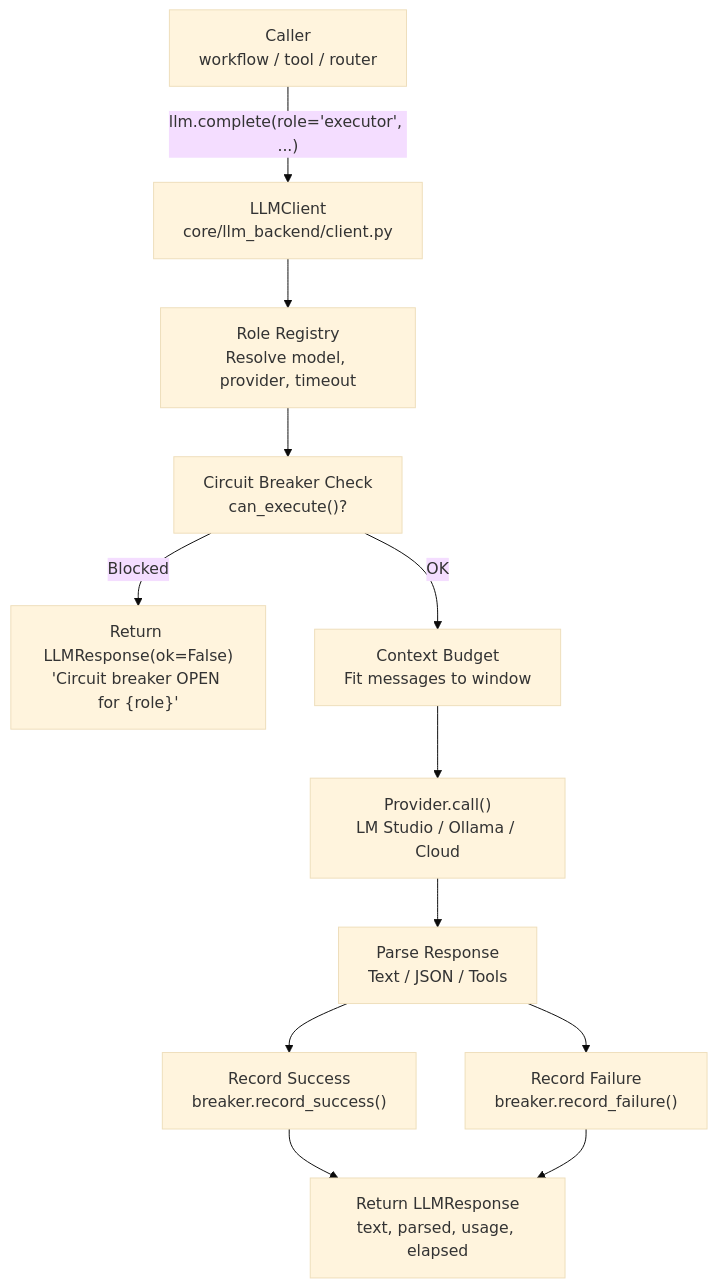
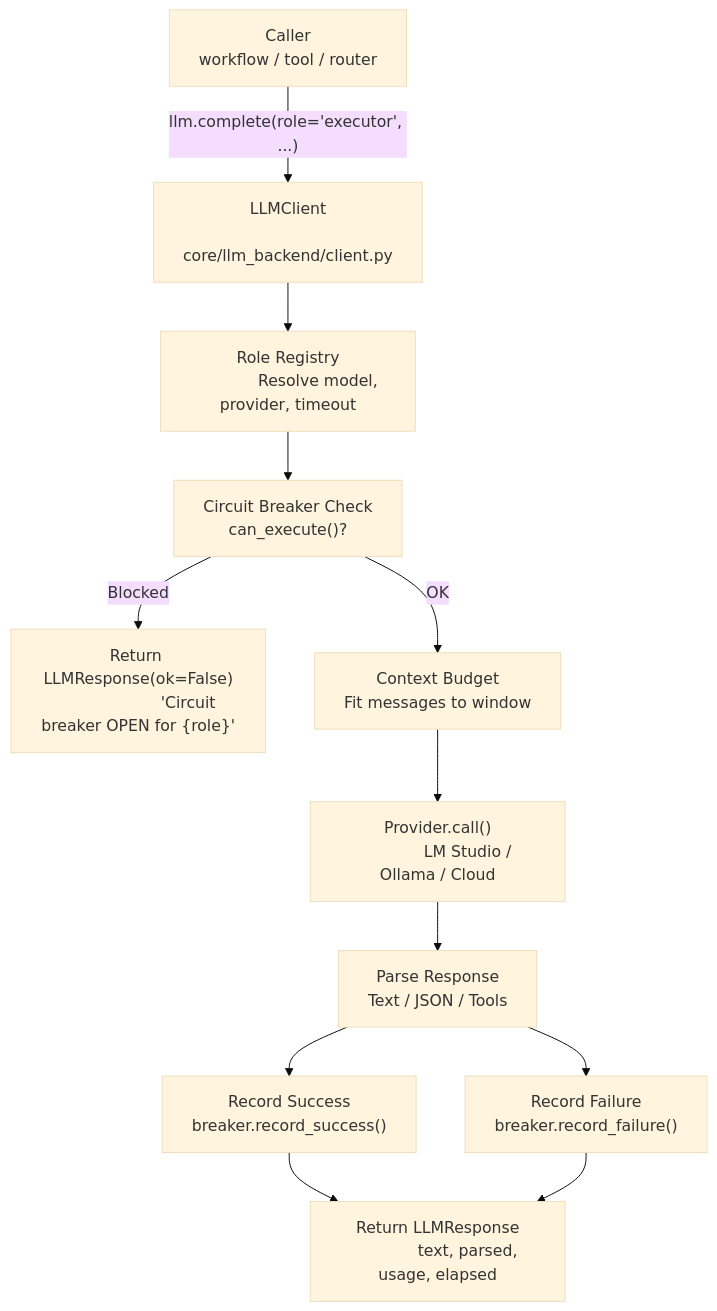
Before and after one commit to brunogcar/agent: the first of 7 diagrams in docs/core/LLM.md, drawn with Mermaid (base theme). The commit also changed other lines of this file and 17 other files, not shown here.

````diff
--- a/docs/core/LLM.md
+++ b/docs/core/LLM.md
@@ -40,14 +40,25 @@
 ```mermaid
 graph TD
-    A["Caller<br/>workflow / tool / router"] -->|"llm.complete(role='executor', ...)"| B["LLMClient<br/>core/llm_backend/client.py"]
-    B --> C["Role Registry<br/>Resolve model, provider, timeout"]
-    C --> D["Circuit Breaker Check<br/>can_execute()?"]
-    D -->|Blocked| E["Return LLMResponse(ok=False)<br/>'Circuit breaker OPEN for {role}'"]
-    D -->|OK| F["Context Budget<br/>Fit messages to window"]
-    F --> G["Provider.call()<br/>LM Studio / Ollama / Cloud"]
-    G --> H["Parse Response<br/>Text / JSON / Tools"]
-    H --> I["Record Success<br/>breaker.record_success()"]
-    H --> J["Record Failure<br/>breaker.record_failure()"]
-    I --> K["Return LLMResponse<br/>text, parsed, usage, elapsed"]
+    A["Caller
+       workflow / tool / router"] -->|"llm.complete(role='executor', ...)"| B["LLMClient
+       core/llm_backend/client.py"]
+    B --> C["Role Registry
+             Resolve model, provider, timeout"]
+    C --> D["Circuit Breaker Check
+             can_execute()?"]
+    D -->|Blocked| E["Return LLMResponse(ok=False)
+                     'Circuit breaker OPEN for {role}'"]
+    D -->|OK| F["Context Budget
+                 Fit messages to window"]
+    F --> G["Provider.call()
+             LM Studio / Ollama / Cloud"]
+    G --> H["Parse Response
+             Text / JSON / Tools"]
+    H --> I["Record Success
+             breaker.record_success()"]
+    H --> J["Record Failure
+             breaker.record_failure()"]
+    I --> K["Return LLMResponse
+             text, parsed, usage, elapsed"]
     J --> K
 ```
````
